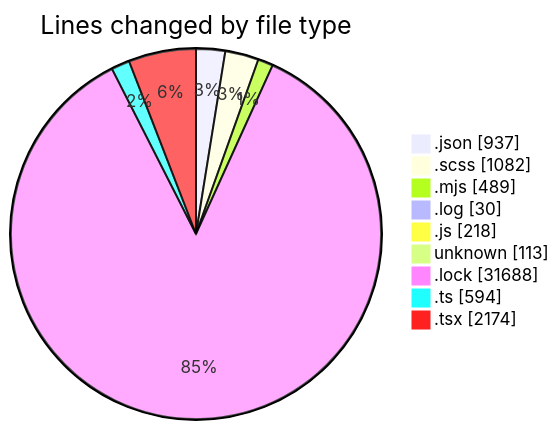
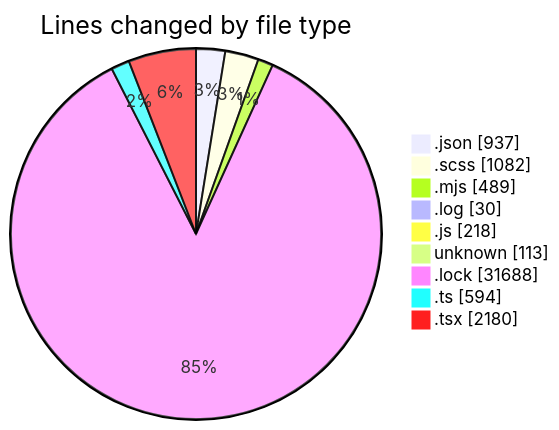
The first of 2 diagrams in 2026-08-12/cda/README.md (momahboobian/code-tracking), drawn with Mermaid before and after one commit. The commit also changed other lines of this file and 1 other file, not shown here.

````diff
--- a/2026-08-12/cda/README.md
+++ b/2026-08-12/cda/README.md
@@ -60,13 +60,13 @@
 ```mermaid
 pie showData
 title Lines changed by file type
 ".json" : 937
 ".scss" : 1082
 ".mjs" : 489
 ".log" : 30
 ".js" : 218
 "unknown" : 113
 ".lock" : 31688
 ".ts" : 594
-".tsx" : 2174
+".tsx" : 2180
 ```
````
